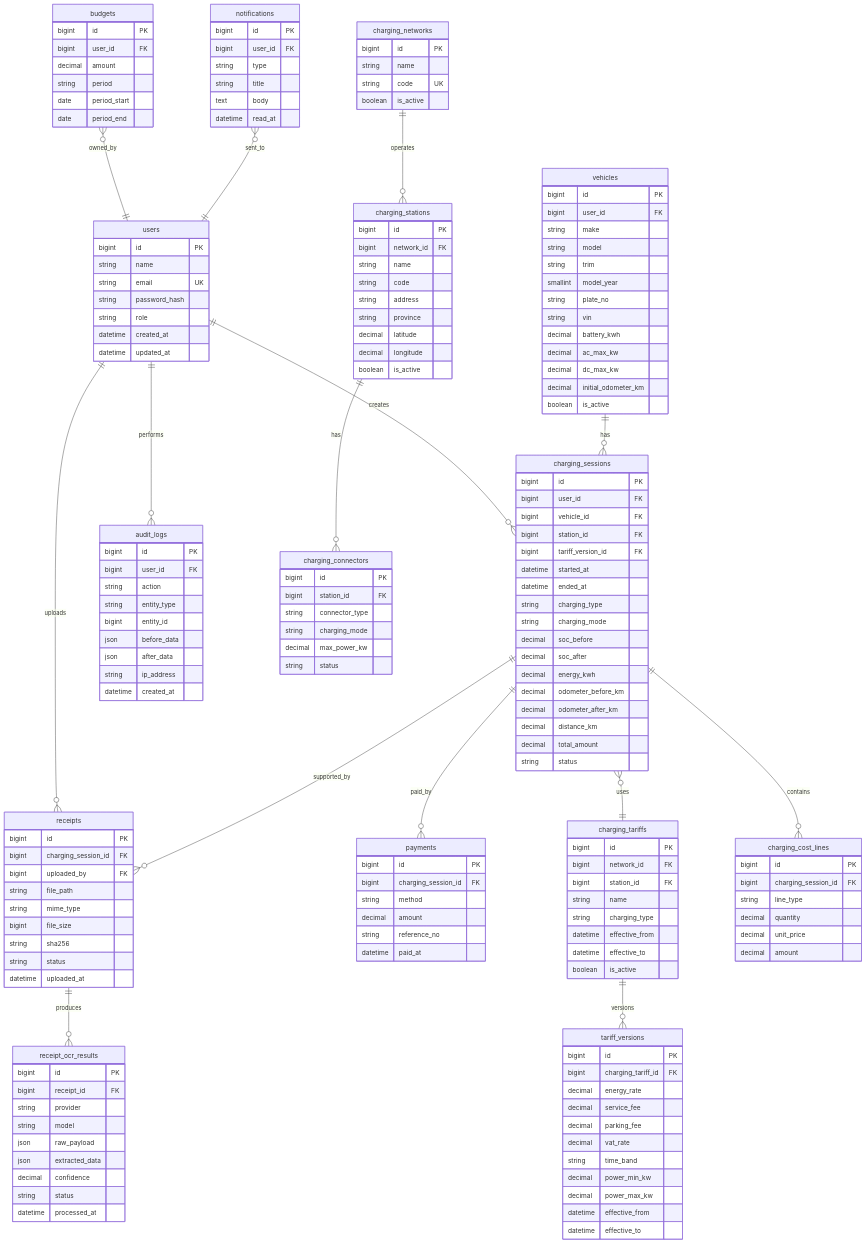
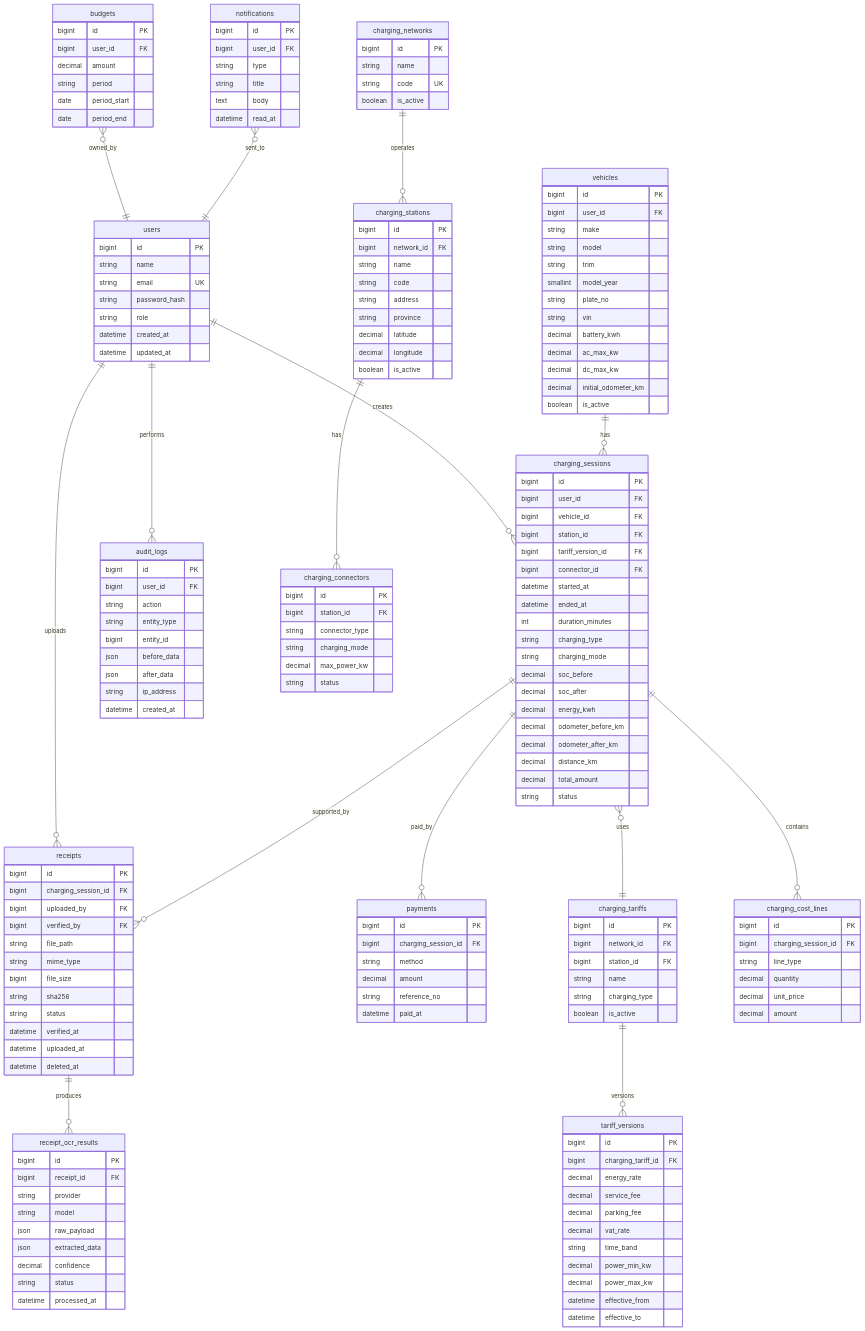
One commit to maxgiwer2/EV-Charging changed the diagram in database/erd.md. Above: the diagram before and after it, drawn with Mermaid. The commit also changed other lines of this file and 102 other files, not shown here.

```diff
--- a/database/erd.md
+++ b/database/erd.md
@@ -77,8 +82,6 @@
       bigint station_id FK
       string name
       string charging_type
-      datetime effective_from
-      datetime effective_to
       boolean is_active
     }
 
@@ -102,8 +105,10 @@
       bigint vehicle_id FK
       bigint station_id FK
       bigint tariff_version_id FK
+      bigint connector_id FK
       datetime started_at
       datetime ended_at
+      int duration_minutes
       string charging_type
       string charging_mode
       decimal soc_before
@@ -129,12 +134,15 @@
       bigint id PK
       bigint charging_session_id FK
       bigint uploaded_by FK
+      bigint verified_by FK
       string file_path
       string mime_type
       bigint file_size
       string sha256
       string status
+      datetime verified_at
       datetime uploaded_at
+      datetime deleted_at
     }
 
     receipt_ocr_results {
```
